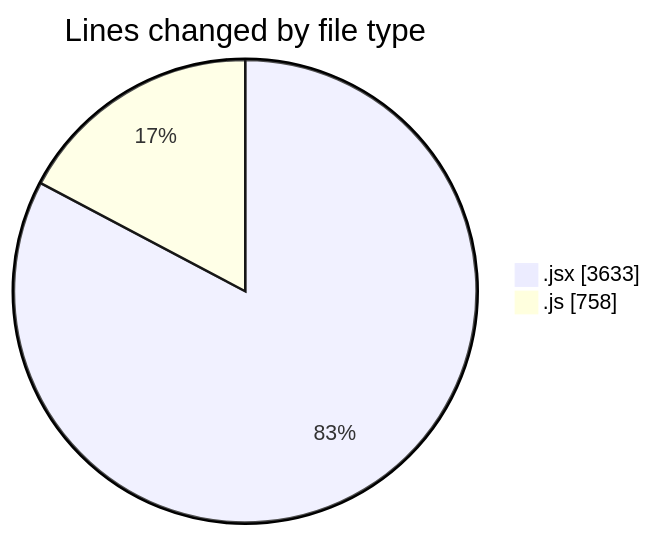
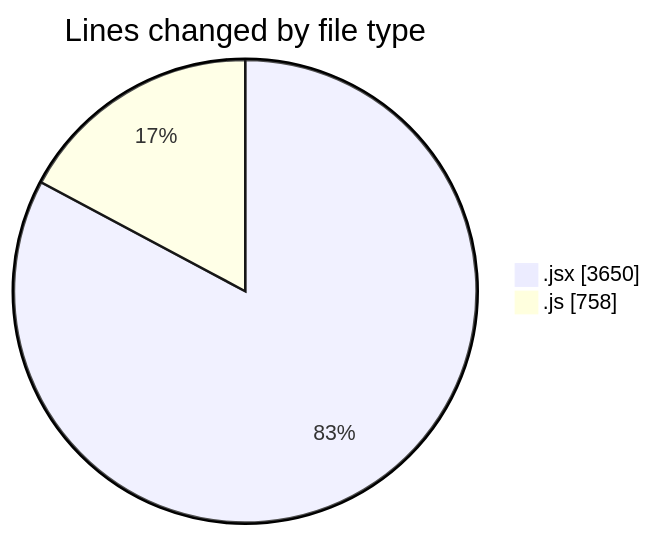
The first of 2 diagrams in 2025-08-03/nxtqube_webapp/README.md (nxtqubesakshisongat/code-tracking), drawn with Mermaid before and after one commit. The commit also changed other lines of this file and 1 other file, not shown here.

````diff
--- a/2025-08-03/nxtqube_webapp/README.md
+++ b/2025-08-03/nxtqube_webapp/README.md
@@ -29,6 +29,6 @@
 ```mermaid
 pie showData
 title Lines changed by file type
-".jsx" : 3633
+".jsx" : 3650
 ".js" : 758
 ```
````
